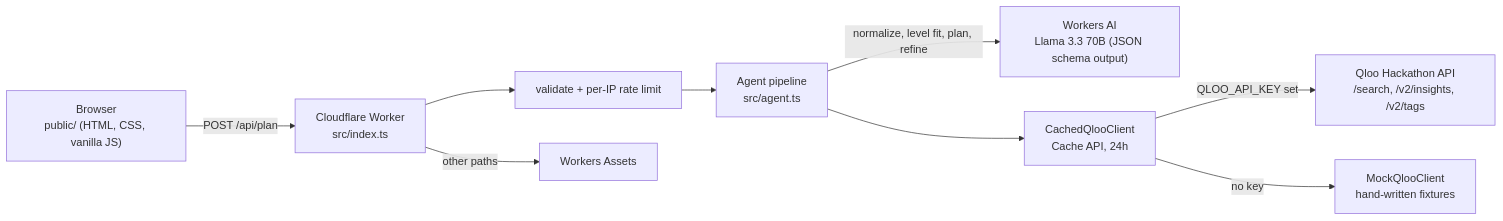
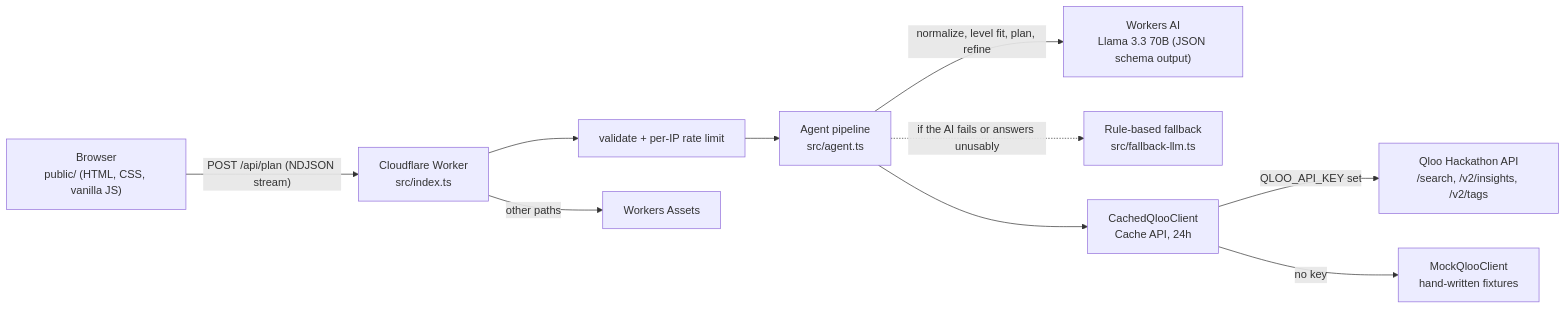
One commit to Class-now/taste-to-english-pledge changed the diagram in README.md. Above: the diagram before and after it, drawn with Mermaid. The commit also changed other lines of this file and 20 other files, not shown here.

````diff
--- a/README.md
+++ b/README.md
@@ -138,11 +161,12 @@
 ```mermaid
 flowchart LR
-  B["Browser<br/>public/ (HTML, CSS, vanilla JS)"] -->|"POST /api/plan"| W["Cloudflare Worker<br/>src/index.ts"]
+  B["Browser<br/>public/ (HTML, CSS, vanilla JS)"] -->|"POST /api/plan (NDJSON stream)"| W["Cloudflare Worker<br/>src/index.ts"]
   W --> V["validate + per-IP rate limit"]
   V --> A["Agent pipeline<br/>src/agent.ts"]
   A -->|"normalize, level fit, plan, refine"| AI["Workers AI<br/>Llama 3.3 70B (JSON schema output)"]
+  A -.->|"if the AI fails or answers unusably"| R["Rule-based fallback<br/>src/fallback-llm.ts"]
   A --> C["CachedQlooClient<br/>Cache API, 24h"]
   C -->|"QLOO_API_KEY set"| Q["Qloo Hackathon API<br/>/search, /v2/insights, /v2/tags"]
   C -->|"no key"| M["MockQlooClient<br/>hand-written fixtures"]
   W -->|"other paths"| S["Workers Assets"]
 ```
````
